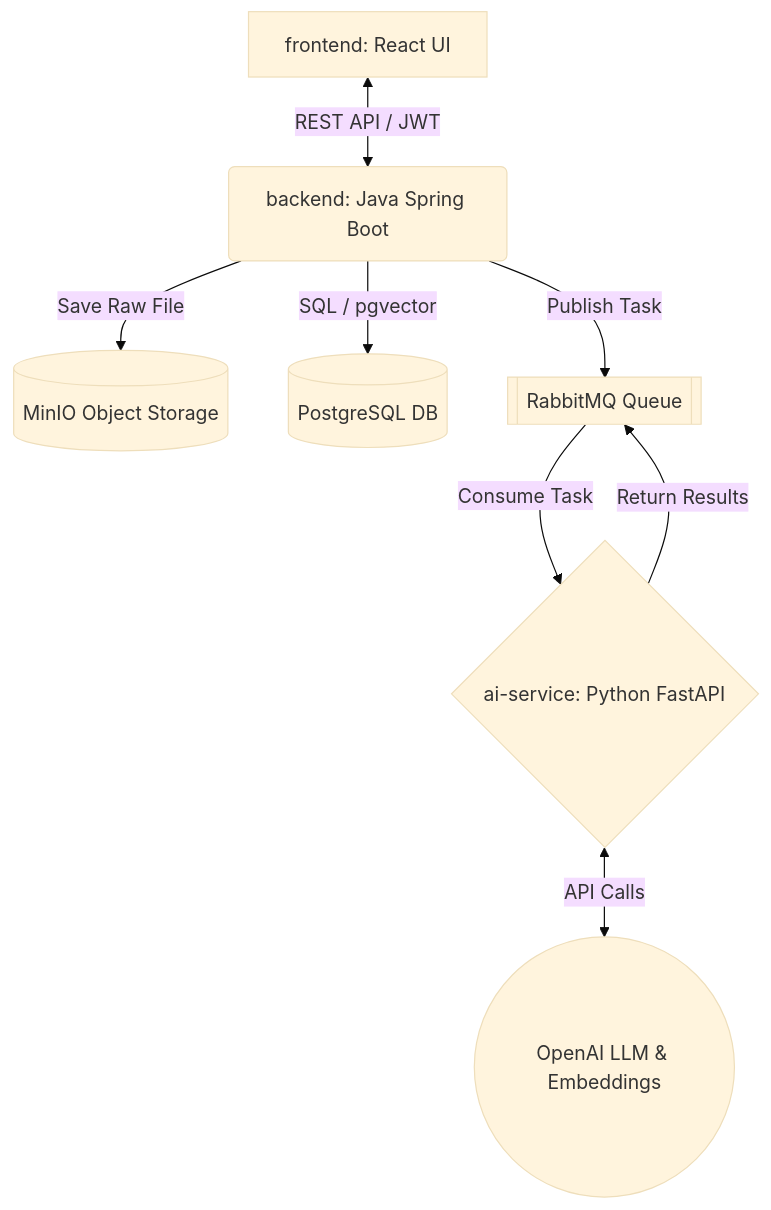
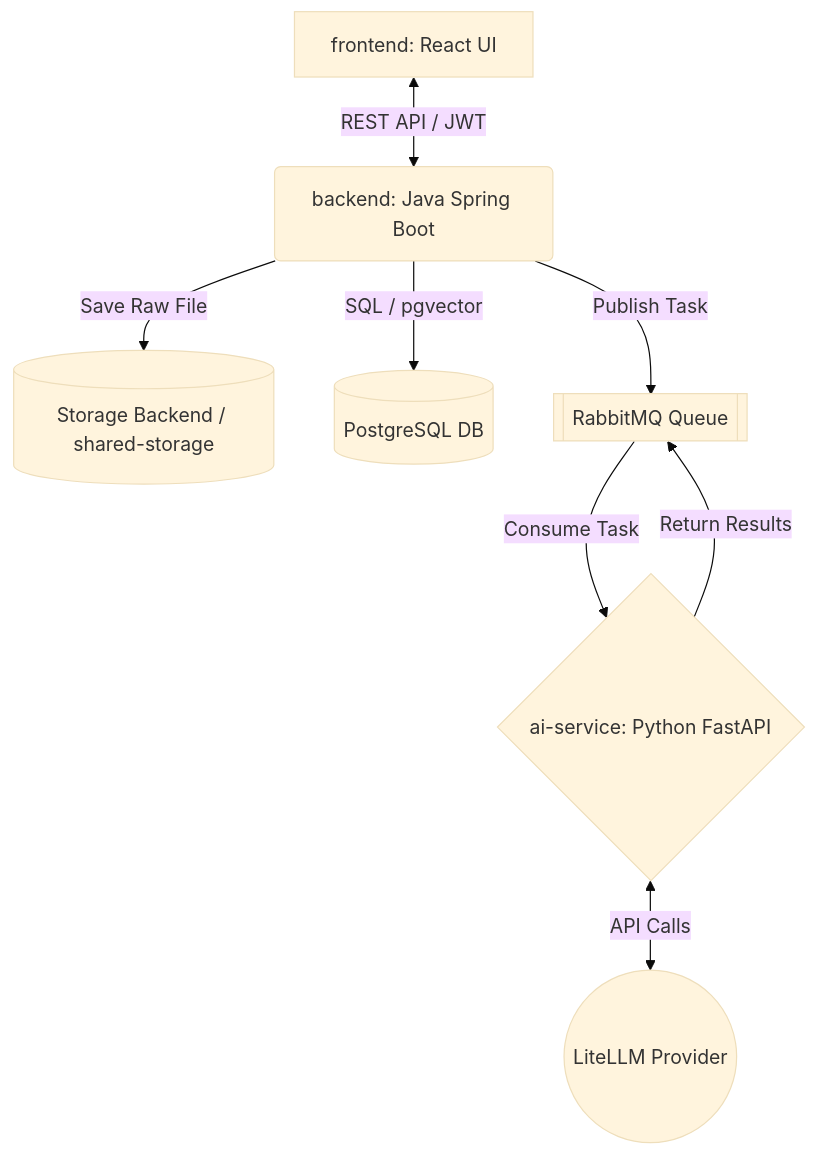
The diagram in docs/Resume_Assistant_Proposal.md (hzhan516/JobCopilot), drawn with Mermaid (base theme) before and after one commit. The commit also changed other lines of this file and 6 other files, not shown here.

````diff
--- a/docs/Resume_Assistant_Proposal.md
+++ b/docs/Resume_Assistant_Proposal.md
@@ -72,10 +72,10 @@
 ```mermaid
 graph TD
     A[frontend: React UI] <-->|REST API / JWT| B(backend: Java Spring Boot)
-    B -->|Save Raw File| C[(MinIO Object Storage)]
+    B -->|Save Raw File| C[(Storage Backend / shared-storage)]
     B -->|SQL / pgvector| D[(PostgreSQL DB)]
     B -->|Publish Task| E[[RabbitMQ Queue]]
     E -->|Consume Task| F{ai-service: Python FastAPI}
-    F <-->|API Calls| G((OpenAI LLM & Embeddings))
+    F <-->|API Calls| G((LiteLLM Provider))
     F -->|Return Results| E
 ```
````
